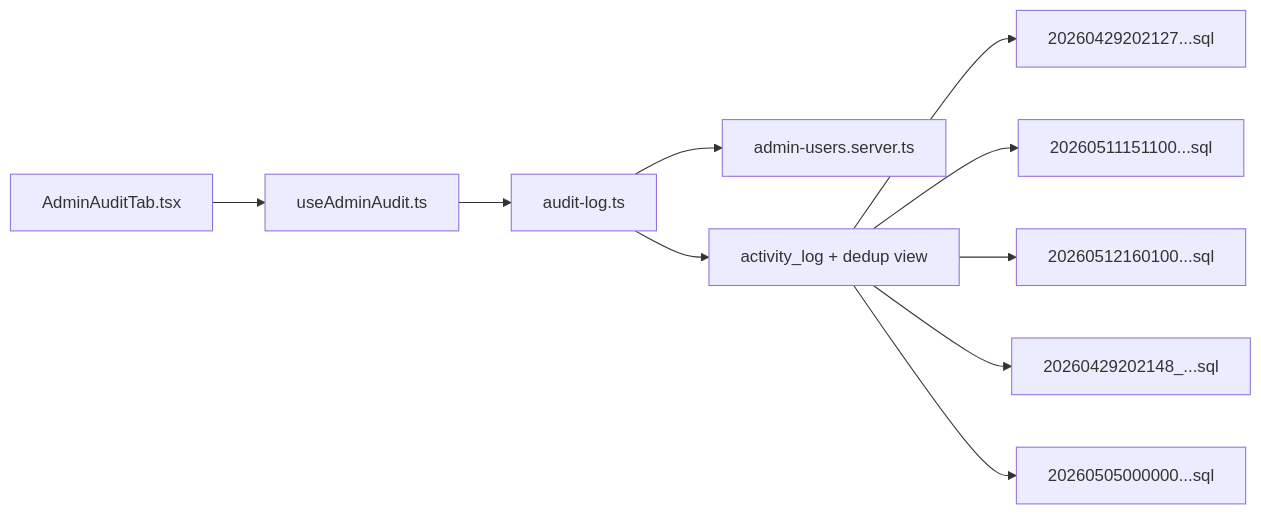
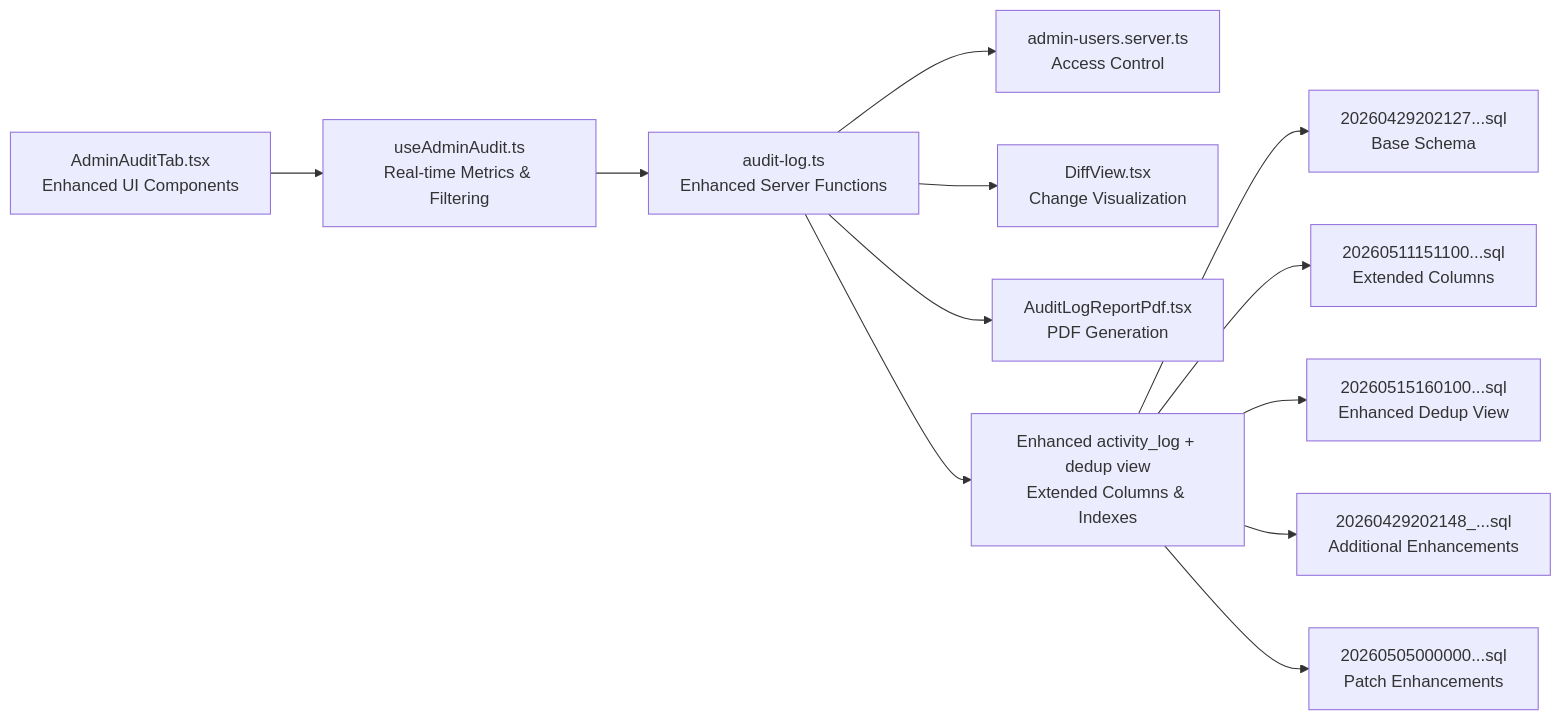
One commit to gastaldellomarco/pcReady changed diagram 12 of 12 in .qoder/repowiki/en/content/Administrative Features/Audit Logging System.md. Above: the diagram before and after it, drawn with Mermaid. The commit also changed other lines of this file and 4 other files, not shown here.

First line of the commit message:
feat(audit): revamp audit logging system with dual views, real-time KPIs, and export features

````diff
--- a/.qoder/repowiki/en/content/Administrative Features/Audit Logging System.md
+++ b/.qoder/repowiki/en/content/Administrative Features/Audit Logging System.md
@@ -357,12 +576,14 @@
 ```mermaid
 graph LR
-UI["AdminAuditTab.tsx"] --> HOOK["useAdminAudit.ts"]
-HOOK --> SRV["audit-log.ts"]
-SRV --> SEC["admin-users.server.ts"]
-SRV --> DB["activity_log + dedup view"]
-DB --> MIG1["20260429202127...sql"]
-DB --> MIG2["20260511151100...sql"]
-DB --> MIG3["20260512160100...sql"]
-DB --> MIG4["20260429202148_...sql"]
-DB --> MIG5["20260505000000...sql"]
+UI["AdminAuditTab.tsx<br/>Enhanced UI Components"] --> HOOK["useAdminAudit.ts<br/>Real-time Metrics & Filtering"]
+HOOK --> SRV["audit-log.ts<br/>Enhanced Server Functions"]
+SRV --> SEC["admin-users.server.ts<br/>Access Control"]
+SRV --> DIFF["DiffView.tsx<br/>Change Visualization"]
+SRV --> PDF["AuditLogReportPdf.tsx<br/>PDF Generation"]
+SRV --> DB["Enhanced activity_log + dedup view<br/>Extended Columns & Indexes"]
+DB --> MIG1["20260429202127...sql<br/>Base Schema"]
+DB --> MIG2["20260511151100...sql<br/>Extended Columns"]
+DB --> MIG3["20260515160100...sql<br/>Enhanced Dedup View"]
+DB --> MIG4["20260429202148_...sql<br/>Additional Enhancements"]
+DB --> MIG5["20260505000000...sql<br/>Patch Enhancements"]
 ```
````
